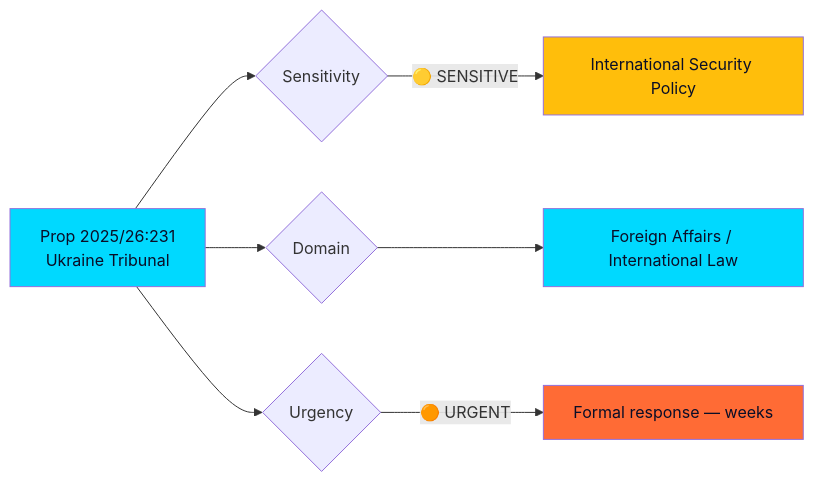
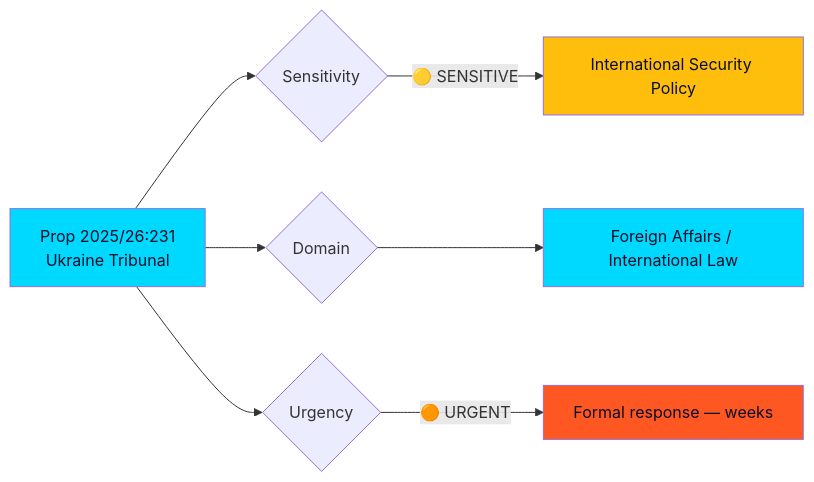
One commit to Hack23/riksdagsmonitor changed the diagram in analysis/daily/2026-04-16/realtime-1442/documents/HD03231-analysis.md. Above: the diagram before and after it, drawn with Mermaid. The commit also changed 785 other files, not shown here.

First line of the commit message:
Normalize mermaid colors across 786 analysis artifacts to ISMS Style Guide palette

````diff
--- a/analysis/daily/2026-04-16/realtime-1442/documents/HD03231-analysis.md
+++ b/analysis/daily/2026-04-16/realtime-1442/documents/HD03231-analysis.md
@@ -23,13 +23,13 @@
 ```mermaid
 graph LR
     A["Prop 2025/26:231<br/>Ukraine Tribunal"] --> B{"Sensitivity"}
     B -->|"🟡 SENSITIVE"| D["International Security Policy"]
     A --> G{"Domain"}
     G --> H["Foreign Affairs / International Law"]
     A --> I{"Urgency"}
     I -->|"🟠 URGENT"| K["Formal response — weeks"]
     style A fill:#00d9ff,color:#0a0e27
     style D fill:#ffbe0b,color:#0a0e27
     style H fill:#00d9ff,color:#0a0e27
-    style K fill:#ff6b35,color:#0a0e27
+    style K fill:#FF5722,color:#0a0e27
 ```
````
